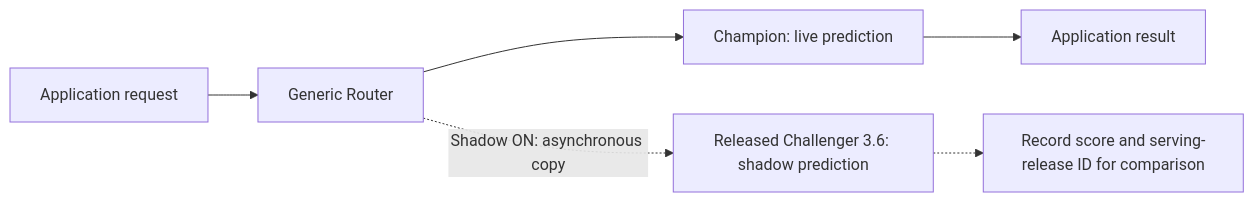
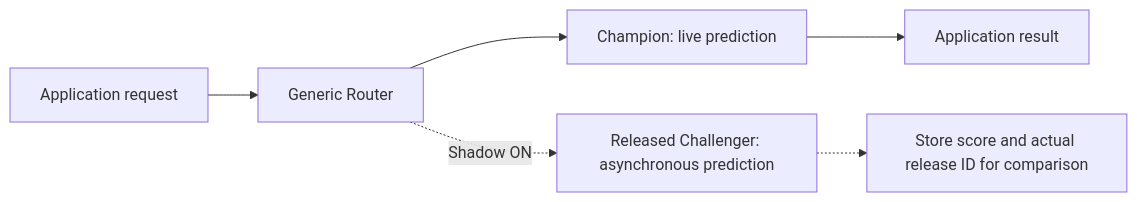
The second of 2 diagrams in ncm-implementation-plan-medium.md (mdragomir-taurus/ops-diagrams), drawn with Mermaid before and after one commit. The commit also changed other lines of this file and 2 other files, not shown here.

````diff
--- a/ncm-implementation-plan-medium.md
+++ b/ncm-implementation-plan-medium.md
@@ -638,8 +226,8 @@
 ```mermaid
 flowchart LR
     Request["Application request"] --> Router["Generic Router"]
     Router --> Champion["Champion: live prediction"]
     Champion --> Result["Application result"]
-    Router -.->|"Shadow ON: asynchronous copy"| Challenger["Released Challenger 3.6: shadow prediction"]
-    Challenger -.-> Comparison["Record score and serving-release ID for comparison"]
+    Router -.->|"Shadow ON"| Challenger["Released Challenger: asynchronous prediction"]
+    Challenger -.-> Compare["Store score and actual release ID for comparison"]
 ```
````
